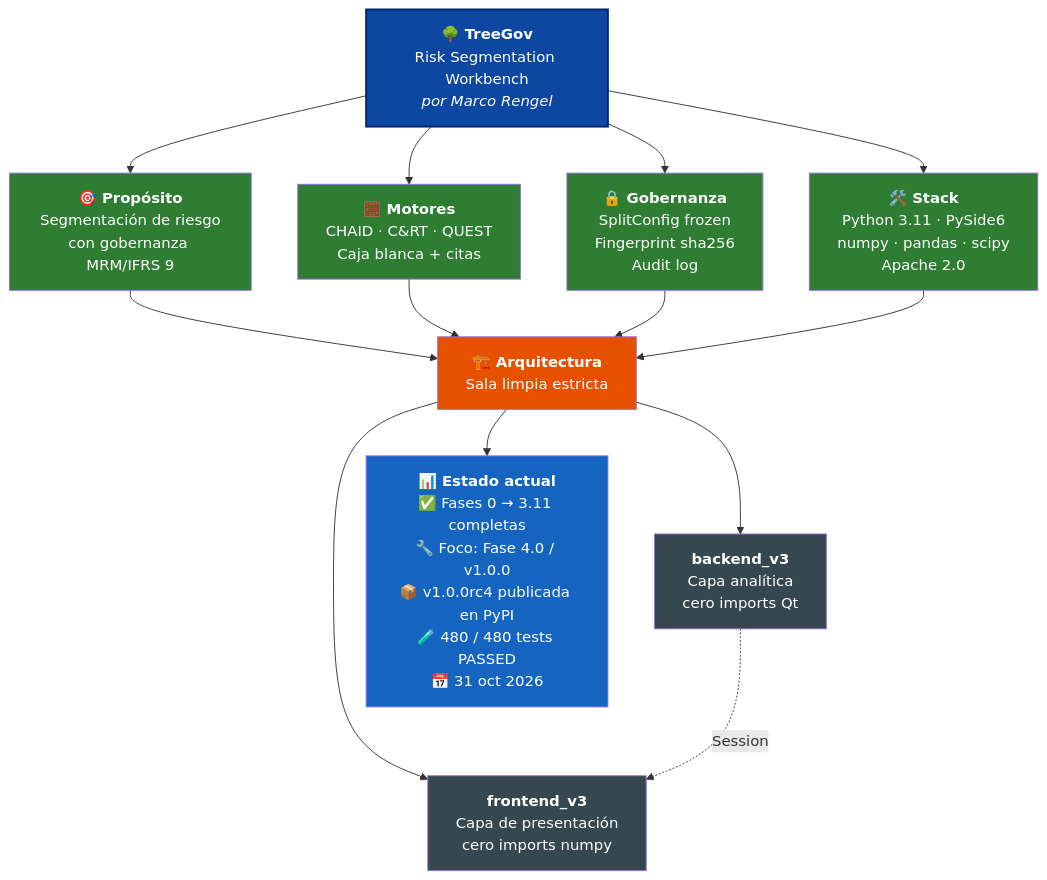
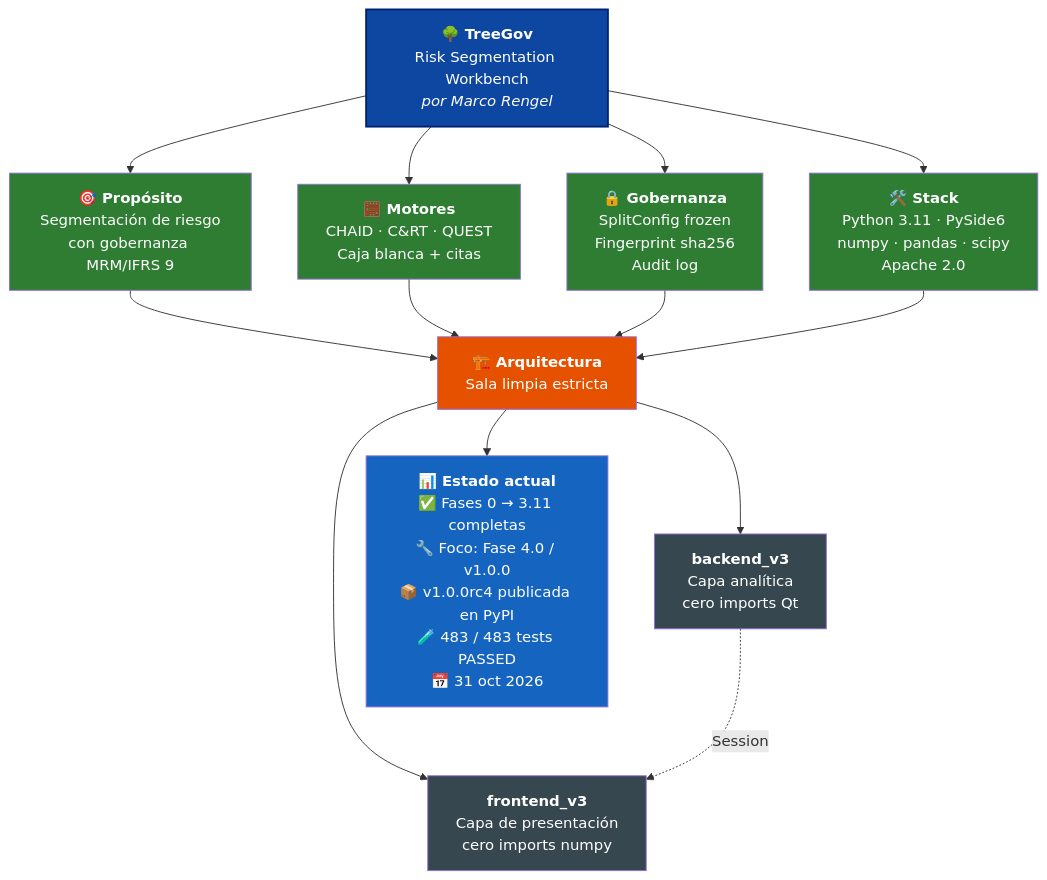
The diagram in README.es.md (Marco-Rengel/treegov), drawn with Mermaid before and after one commit. The commit also changed other lines of this file and 1 other file, not shown here.

````diff
--- a/README.es.md
+++ b/README.es.md
@@ -38,31 +38,31 @@
 ```mermaid
 flowchart TB
     TG["<b>🌳 TreeGov</b><br/>Risk Segmentation Workbench<br/><i>por Marco Rengel</i>"]
 
     TG --> P["<b>🎯 Propósito</b><br/>Segmentación de riesgo<br/>con gobernanza MRM/IFRS 9"]
     TG --> M["<b>🧮 Motores</b><br/>CHAID · C&RT · QUEST<br/>Caja blanca + citas"]
     TG --> G["<b>🔒 Gobernanza</b><br/>SplitConfig frozen<br/>Fingerprint sha256<br/>Audit log"]
     TG --> S["<b>🛠️ Stack</b><br/>Python 3.11 · PySide6<br/>numpy · pandas · scipy<br/>Apache 2.0"]
 
     P --> ARQ["<b>🏗️ Arquitectura</b><br/>Sala limpia estricta"]
     M --> ARQ
     G --> ARQ
     S --> ARQ
 
     ARQ --> BE["<b>backend_v3</b><br/>Capa analítica<br/>cero imports Qt"]
     ARQ --> FE["<b>frontend_v3</b><br/>Capa de presentación<br/>cero imports numpy"]
 
     BE -.->|Session| FE
 
-    ARQ --> ST["<b>📊 Estado actual</b><br/>✅ Fases 0 → 3.11 completas<br/>🔧 Foco: Fase 4.0 / v1.0.0<br/>📦 v1.0.0rc4 publicada en PyPI<br/>🧪 480 / 480 tests PASSED<br/>📅 31 oct 2026"]
+    ARQ --> ST["<b>📊 Estado actual</b><br/>✅ Fases 0 → 3.11 completas<br/>🔧 Foco: Fase 4.0 / v1.0.0<br/>📦 v1.0.0rc4 publicada en PyPI<br/>🧪 483 / 483 tests PASSED<br/>📅 31 oct 2026"]
 
     style TG fill:#0D47A1,color:#fff,stroke:#002171,stroke-width:2px
     style P fill:#2E7D32,color:#fff
     style M fill:#2E7D32,color:#fff
     style G fill:#2E7D32,color:#fff
     style S fill:#2E7D32,color:#fff
     style ARQ fill:#E65100,color:#fff
     style BE fill:#37474F,color:#fff
     style FE fill:#37474F,color:#fff
     style ST fill:#1565C0,color:#fff
 ```
````
